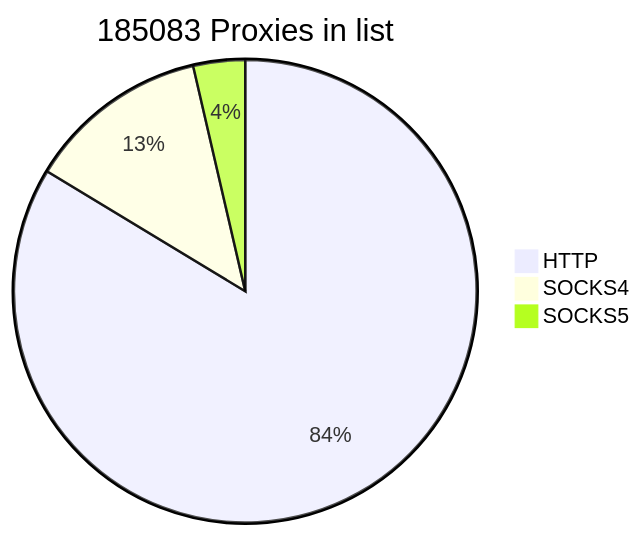
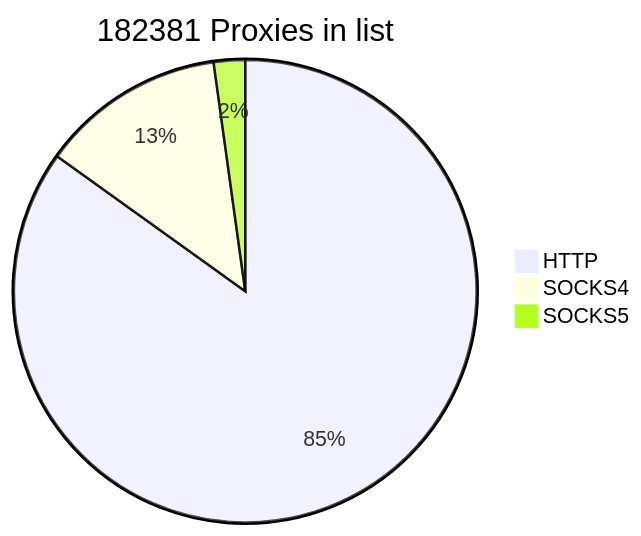
One commit to cutipu/proxylist changed the first of 2 diagrams in README.md. Above: the diagram before and after it, drawn with Mermaid. The commit also changed other lines of this file, not shown here.

````diff
--- a/README.md
+++ b/README.md
@@ -2,7 +2,7 @@
 ```mermaid
-pie title 185083 Proxies in list
+pie title 182381 Proxies in list
     "HTTP" : 154850
     "SOCKS4" : 23535
-    "SOCKS5" : 6698
+    "SOCKS5" : 3996
             
 ```
````
